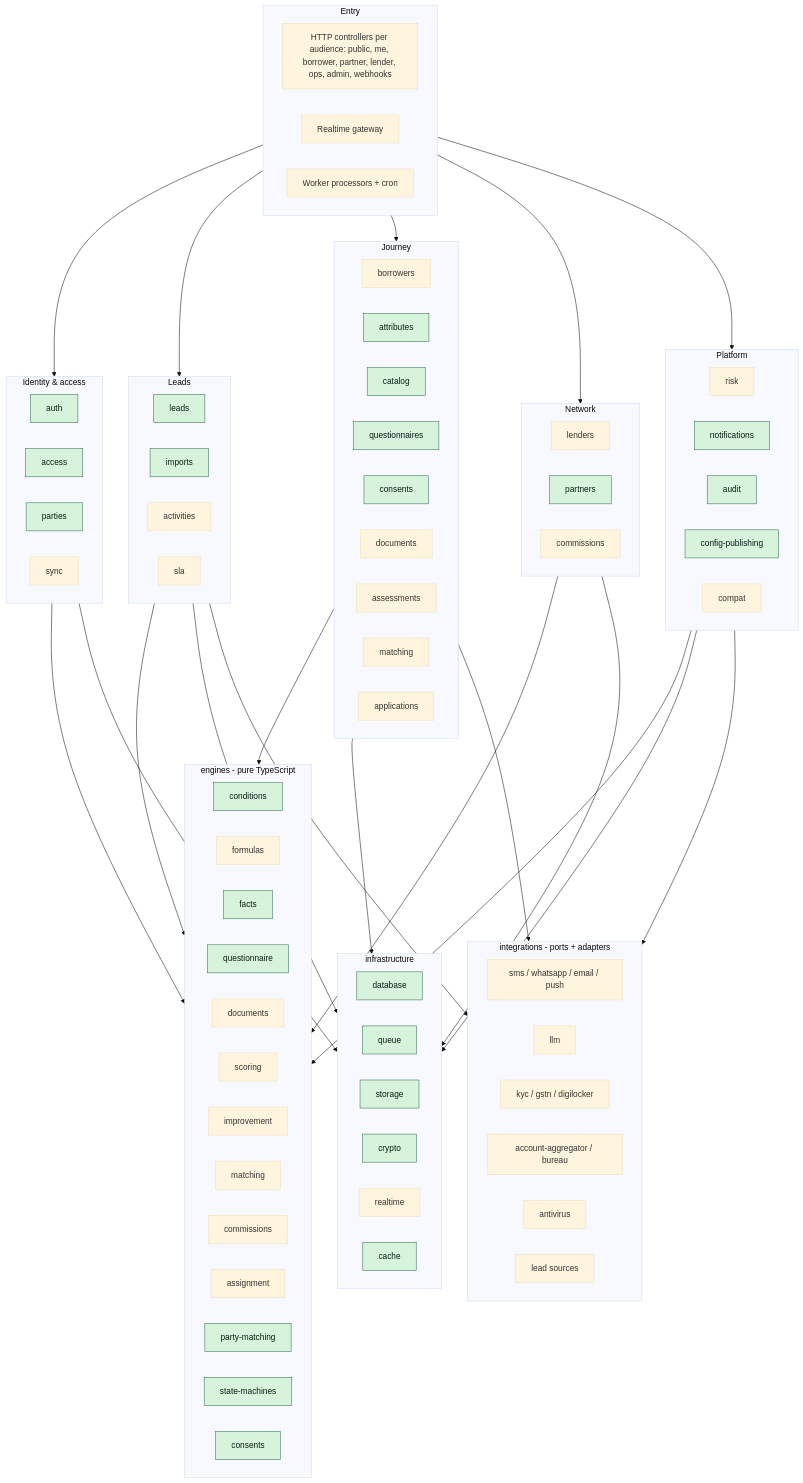
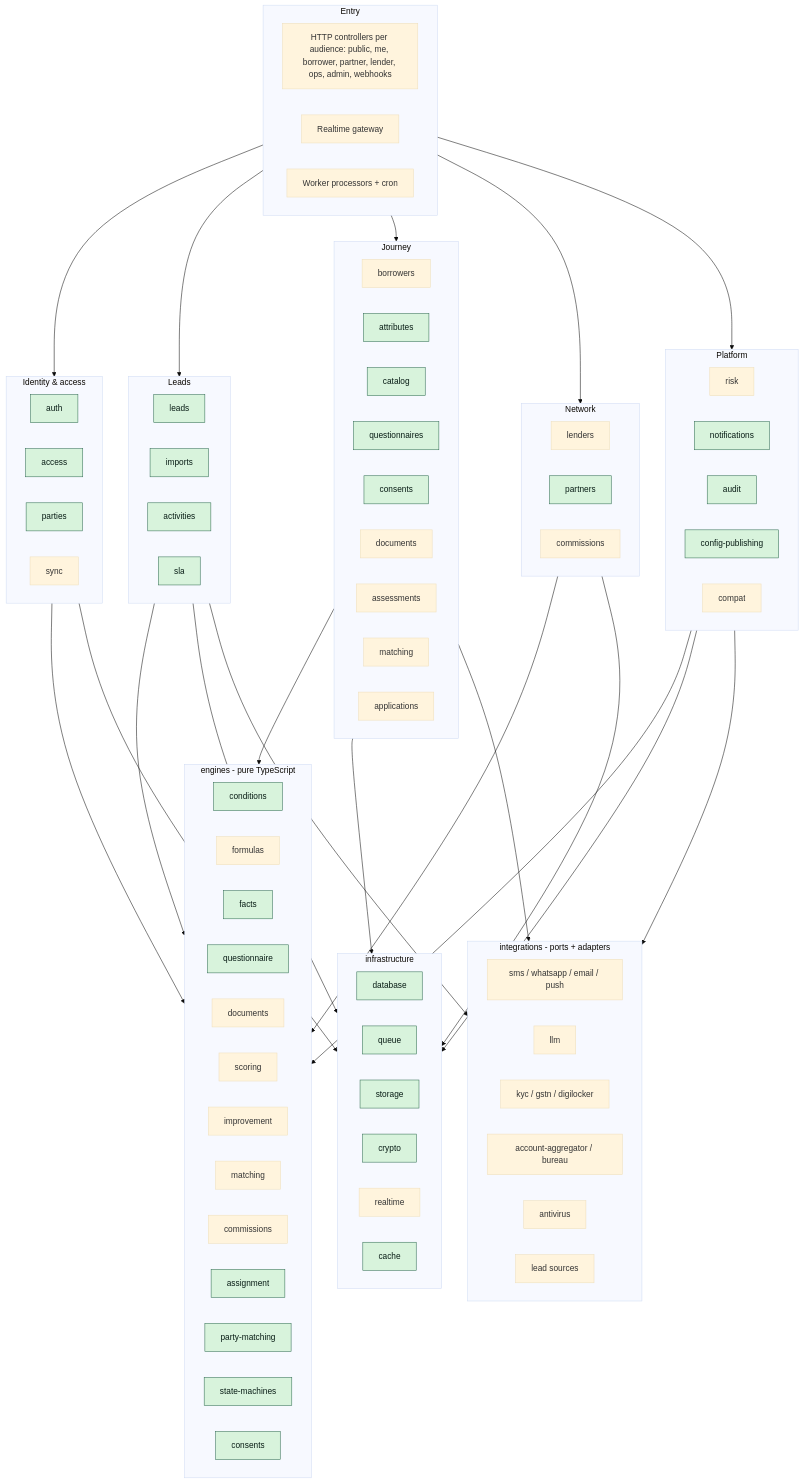
Before and after one commit to Shaikhfaruk/fundenflo: the second of 14 diagrams in docs/ARCHITECTURE.md, drawn with Mermaid (base theme). The commit also changed other lines of this file and 70 other files, not shown here.

First line of the commit message:
M1.8c: SLA timers, activities and follow-ups

````diff
--- a/docs/ARCHITECTURE.md
+++ b/docs/ARCHITECTURE.md
@@ -158,5 +158,5 @@
   LeadsGroup --> Ports
   Platform --> Ports
   classDef built fill:#d8f3dc,stroke:#2d6a4f,color:#081c15
-  class auth,access,parties,catalog,attributes,questionnaires,consents,partners,leads,imports,notifications,audit,configPublishing,conditions,facts,questionnaire,partyMatching,stateMachines,consentFold,database,queue,storage,crypto,cache built
+  class auth,access,parties,catalog,attributes,questionnaires,consents,partners,leads,imports,activities,sla,notifications,audit,configPublishing,conditions,facts,questionnaire,partyMatching,stateMachines,consentFold,assignment,database,queue,storage,crypto,cache built
 ```
````
